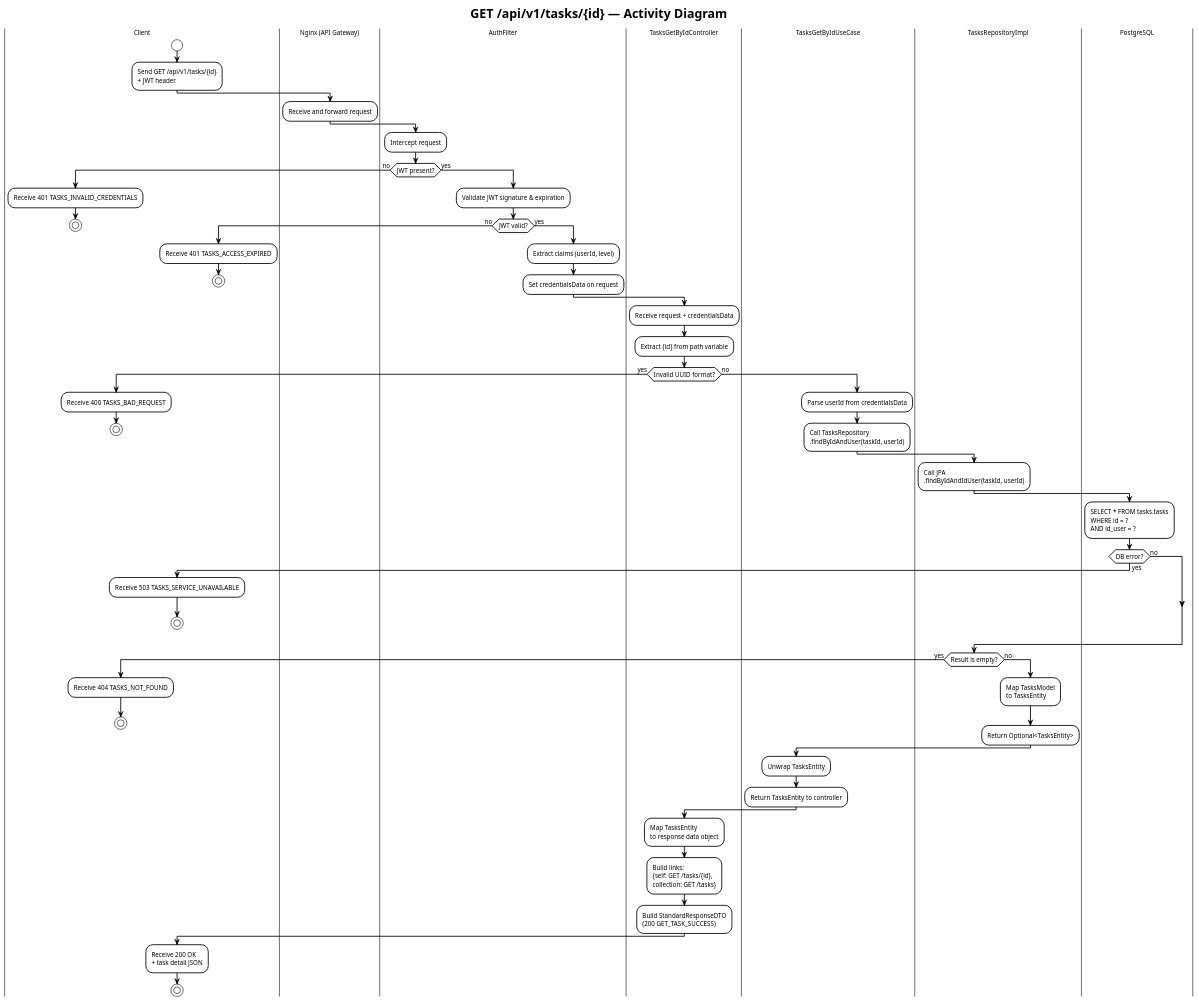
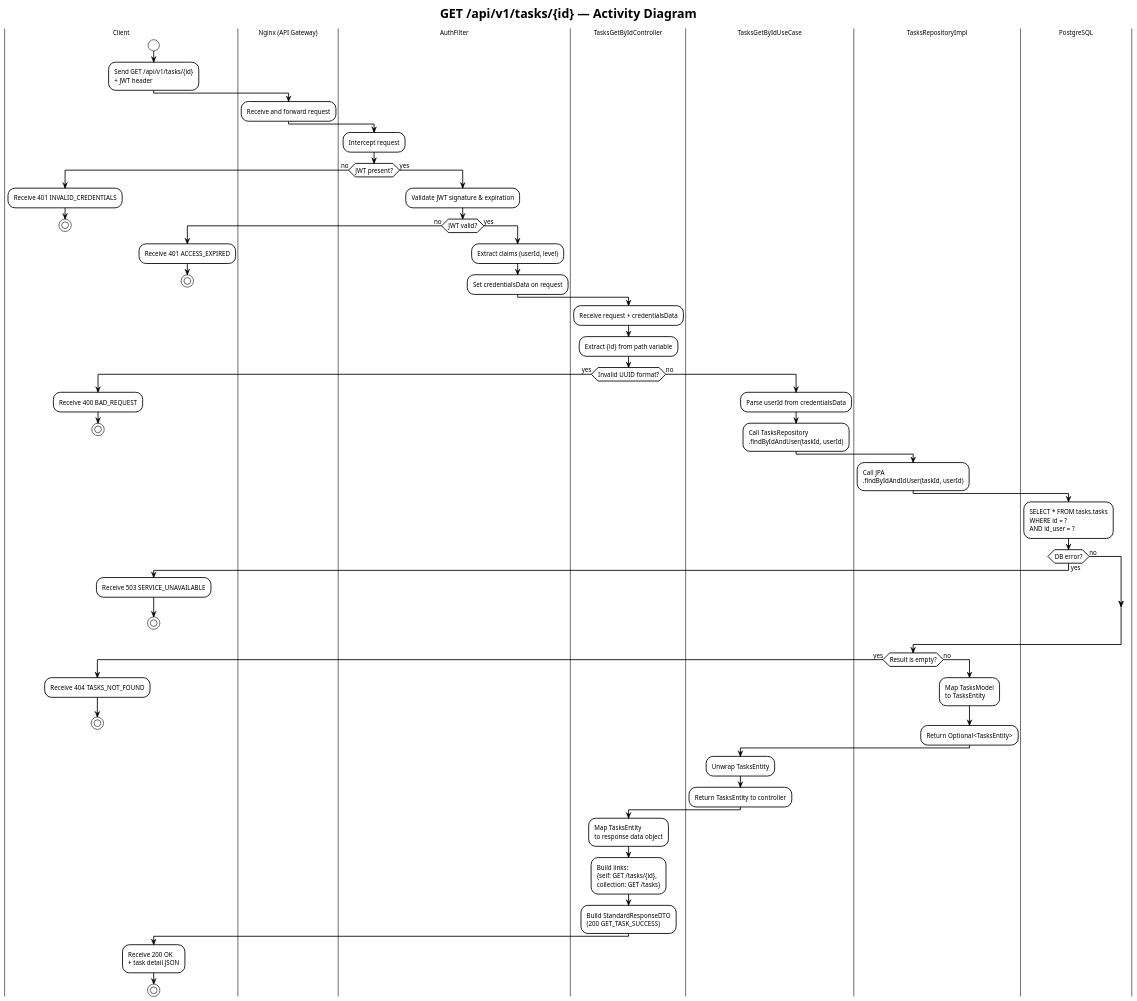
One commit to juliokozarewicz/dolistico changed the diagram in 0_files/UML/Tasks/Recover One Task By ID/3 - Activity Diagram.puml. Above: the diagram before and after it, drawn with PlantUML. The commit also changed 36 other files, not shown here.

```diff
--- a/0_files/UML/Tasks/Recover One Task By ID/3 - Activity Diagram.puml
+++ b/0_files/UML/Tasks/Recover One Task By ID/3 - Activity Diagram.puml
@@ -1,88 +1,88 @@
 @startuml Activity_GET_Task_By_Id
 !theme plain
 skinparam pageMargin 10
 skinparam dpi 120
 skinparam defaultFontSize 11
 skinparam ActivityBorderThickness 1.5
 skinparam ActivityArrowThickness 1.5
 skinparam activityDiamondBorderThickness 1.5
 
 title GET /api/v1/tasks/{id} — Activity Diagram
 
 |Client|
 start
 :Send GET /api/v1/tasks/{id}\n+ JWT header;
 
 |Nginx (API Gateway)|
 :Receive and forward request;
 
 |AuthFilter|
 :Intercept request;
 if (JWT present?) then (no)
     |Client|
-    :Receive 401 TASKS_INVALID_CREDENTIALS;
+    :Receive 401 INVALID_CREDENTIALS;
     stop
 else (yes)
     |AuthFilter|
     :Validate JWT signature & expiration;
     if (JWT valid?) then (no)
         |Client|
-        :Receive 401 TASKS_ACCESS_EXPIRED;
+        :Receive 401 ACCESS_EXPIRED;
         stop
     else (yes)
         |AuthFilter|
         :Extract claims (userId, level);
         :Set credentialsData on request;
     endif
 endif
 
 |TasksGetByIdController|
 :Receive request + credentialsData;
 :Extract {id} from path variable;
 if (Invalid UUID format?) then (yes)
     |Client|
-    :Receive 400 TASKS_BAD_REQUEST;
+    :Receive 400 BAD_REQUEST;
     stop
 else (no)
     |TasksGetByIdUseCase|
     :Parse userId from credentialsData;
     :Call TasksRepository\n.findByIdAndUser(taskId, userId);
 endif
 
 |TasksRepositoryImpl|
 :Call JPA\n.findByIdAndIdUser(taskId, userId);
 
 |PostgreSQL|
 :SELECT * FROM tasks.tasks\nWHERE id = ?\nAND id_user = ?;
 if (DB error?) then (yes)
     |Client|
-    :Receive 503 TASKS_SERVICE_UNAVAILABLE;
+    :Receive 503 SERVICE_UNAVAILABLE;
     stop
 else (no)
 endif
 
 |TasksRepositoryImpl|
 if (Result is empty?) then (yes)
     |Client|
     :Receive 404 TASKS_NOT_FOUND;
     stop
 else (no)
     |TasksRepositoryImpl|
     :Map TasksModel\nto TasksEntity;
     :Return Optional<TasksEntity>;
 endif
 
 |TasksGetByIdUseCase|
 :Unwrap TasksEntity;
 :Return TasksEntity to controller;
 
 |TasksGetByIdController|
 :Map TasksEntity\nto response data object;
 :Build links:\n{self: GET /tasks/{id},\ncollection: GET /tasks};
 :Build StandardResponseDTO\n(200 GET_TASK_SUCCESS);
 
 |Client|
 :Receive 200 OK\n+ task detail JSON;
 stop
 
 @enduml
```
